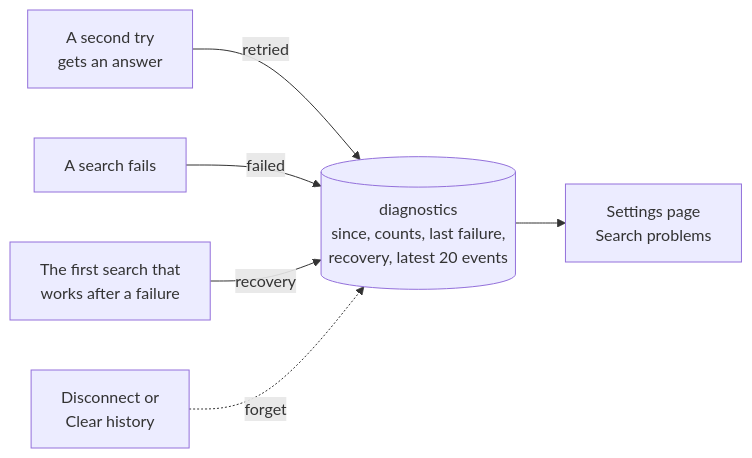
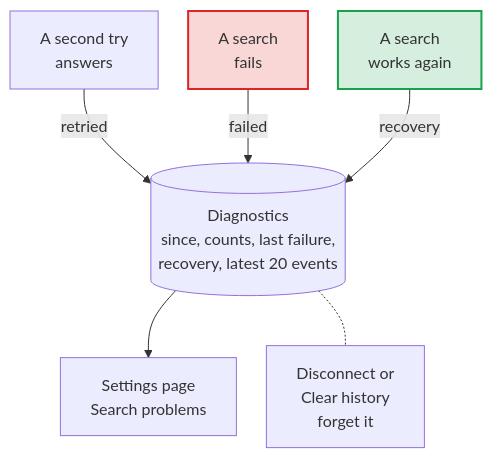
The third of 5 diagrams in docs/architecture.md (Dennis-Otto/paperless-unified-search), drawn with Mermaid before and after one commit. The commit also changed other lines of this file and 9 other files, not shown here.

First line of the commit message:
docs: accessible top-to-bottom diagrams and two new ones (#105)

````diff
--- a/docs/architecture.md
+++ b/docs/architecture.md
@@ -90,8 +121,32 @@
 ```mermaid
-flowchart LR
-    retry["A second try<br/>gets an answer"] -- retried --> history[("diagnostics<br/>since, counts, last failure,<br/>recovery, latest 20 events")]
-    search["A search fails"] -- failed --> history
-    success["The first search that<br/>works after a failure"] -- recovery --> history
-    history --> page["Settings page<br/>Search problems"]
-    clear["Disconnect or<br/>Clear history"] -. forget .-> history
+---
+config:
+  flowchart:
+    wrappingWidth: 400
+    nodeSpacing: 30
+---
+flowchart TB
+    accTitle: The history of the problems of the search
+    accDescr: A second try that gets an answer notes a retried request, a failed search notes a failure, and the first search that works after a failure notes the recovery. The history keeps since when it counts, the counts, the last failure, the recovery and the latest 20 events, and the settings page shows it under Search problems. Disconnect and Clear history forget it.
+
+    retry["A second try<br>answers"]
+    search["A search<br>fails"]
+    success["A search<br>works again"]
+    history[("Diagnostics<br>since, counts, last failure,<br>recovery, latest 20 events")]
+    page["Settings page<br>Search problems"]
+    clear["Disconnect or<br>Clear history<br>forget it"]
+
+    retry -- "retried" --> history
+    search -- "failed" --> history
+    success -- "recovery" --> history
+    history --> page
+    %% A plain dotted line keeps Clear history below the history. An arrow from it
+    %% would rank it with the three causes, too wide for a phone, and Mermaid 11
+    %% draws no arrowhead on "<-.-" and breaks on a label of a reversed edge.
+    history -.- clear
+
+    classDef yes fill:#16a34a2e,stroke:#16a34a,stroke-width:2px
+    classDef no fill:#dc26262e,stroke:#dc2626,stroke-width:2px
+    class success yes
+    class search no
 ```
````
